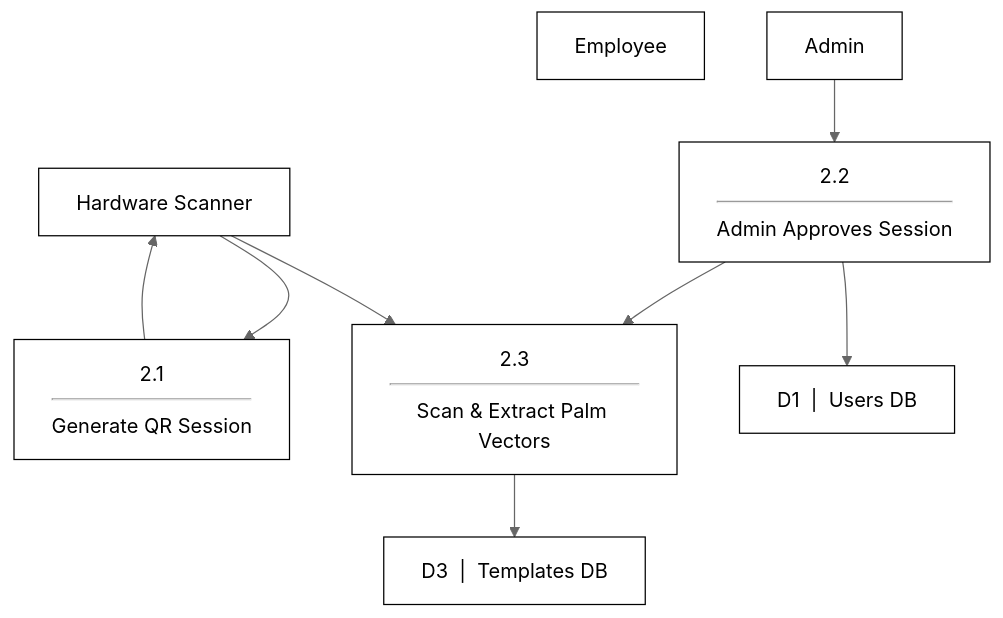
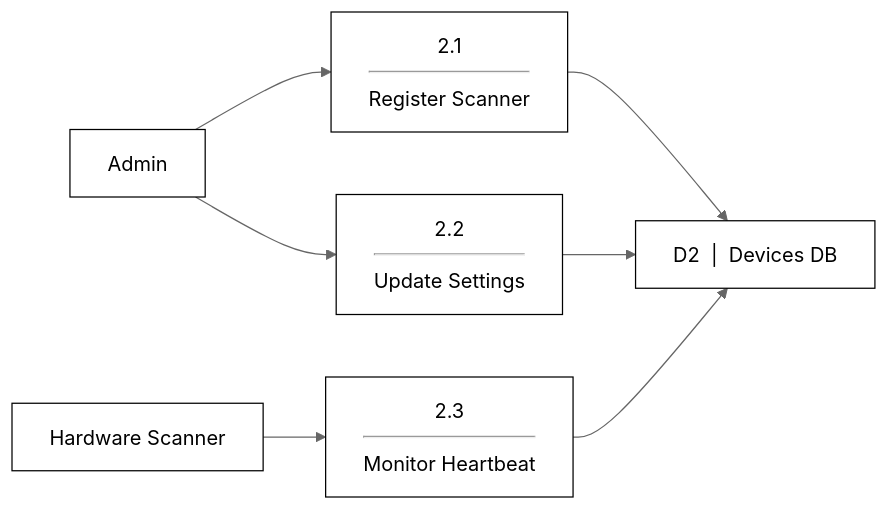
The seventh of 14 diagrams in USER_MANUAL.md (Touy2004/palm-back-end), drawn with Mermaid (neutral theme) before and after one commit. The commit also changed other lines of this file, not shown here.

Commit message:
docs: update system architecture and data flow diagrams in user manual

````diff
--- a/USER_MANUAL.md
+++ b/USER_MANUAL.md
@@ -374,27 +389,24 @@
 ```mermaid
-flowchart TD
+flowchart LR
+    Admin[Admin]:::entity
     Device[Hardware Scanner]:::entity
-    Employee[Employee]:::entity
-    Admin[Admin]:::entity
     
-    P2_1["2.1<hr/>Generate QR Session"]:::process
-    P2_2["2.2<hr/>Admin Approves Session"]:::process
-    P2_3["2.3<hr/>Scan & Extract Palm Vectors"]:::process
+    P2_1["2.1<hr/>Register Scanner"]:::process
+    P2_2["2.2<hr/>Update Settings"]:::process
+    P2_3["2.3<hr/>Monitor Heartbeat"]:::process
     
-    D1["D1 &nbsp;|&nbsp; Users DB"]:::datastore
-    D3["D3 &nbsp;|&nbsp; Templates DB"]:::datastore
+    D2["D2 &nbsp;|&nbsp; Devices DB"]:::datastore
     
-    Device --> P2_1
+    Admin --> P2_1
+    P2_1 --> D2
+    
     Admin --> P2_2
-    P2_2 --> P2_3
-    P2_1 --> Device
-    
-    P2_2 --> D1
+    P2_2 --> D2
     
     Device --> P2_3
-    P2_3 --> D3
+    P2_3 --> D2
 
     classDef entity fill:#fff,stroke:#000,stroke-width:1px,shape:rect,color:#000
     classDef process fill:#fff,stroke:#000,stroke-width:1px,shape:rect,color:#000
     classDef datastore fill:#fff,stroke:#000,stroke-width:1px,shape:rect,color:#000
 ```
````
